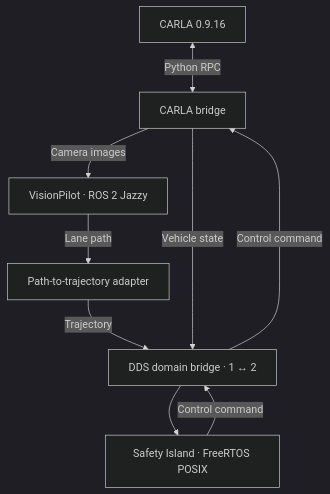
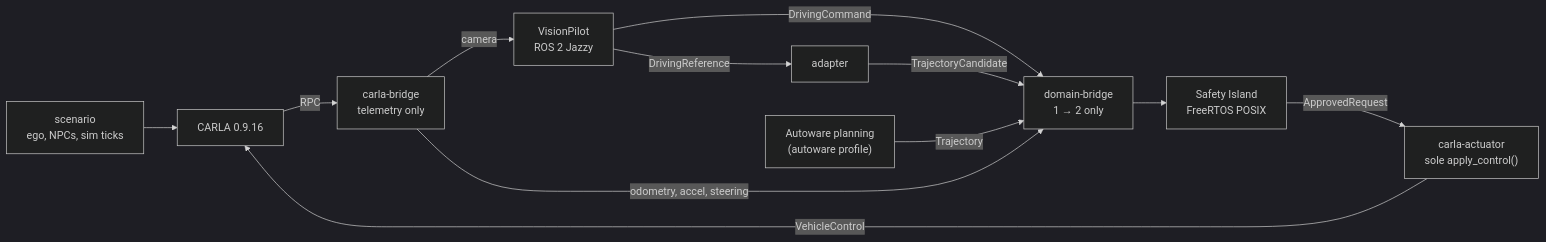
The diagram in README.md (oguzkaganozt/openadkit-e2e), drawn with Mermaid (dark theme) before and after one commit. The commit also changed other lines of this file and 2 other files, not shown here.

````diff
--- a/README.md
+++ b/README.md
@@ -19,11 +25,14 @@
 ```mermaid
-flowchart TD
-    CARLA["CARLA 0.9.16"] <-->|Python RPC| Bridge["CARLA bridge"]
-    Bridge -->|Camera images| VP["VisionPilot · ROS 2 Jazzy"]
-    VP -->|Lane path| Adapter["Path-to-trajectory adapter"]
-    Adapter -->|Trajectory| DDS["DDS domain bridge · 1 ↔ 2"]
-    Bridge -->|Vehicle state| DDS
-    DDS --> SI["Safety Island · FreeRTOS POSIX"]
-    SI -->|Control command| DDS
-    DDS -->|Control command| Bridge
+flowchart LR
+    CARLA["CARLA 0.9.16"] -->|RPC| Bridge["carla-bridge<br/>telemetry only"]
+    Scenario["scenario<br/>ego, NPCs, sim ticks"] --> CARLA
+    Bridge -->|camera| VP["VisionPilot<br/>ROS 2 Jazzy"]
+    VP -->|DrivingReference| Adapter["adapter"]
+    VP -->|DrivingCommand| DB
+    Adapter -->|TrajectoryCandidate| DB["domain-bridge<br/>1 → 2 only"]
+    AW["Autoware planning<br/>(autoware profile)"] -->|Trajectory| DB
+    Bridge -->|odometry, accel, steering| DB
+    DB --> SI["Safety Island<br/>FreeRTOS POSIX"]
+    SI -->|ApprovedRequest| Act["carla-actuator<br/>sole apply_control()"]
+    Act -->|VehicleControl| CARLA
 ```
````
